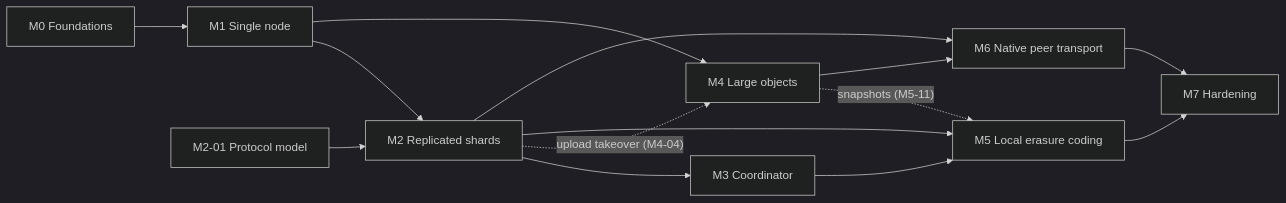
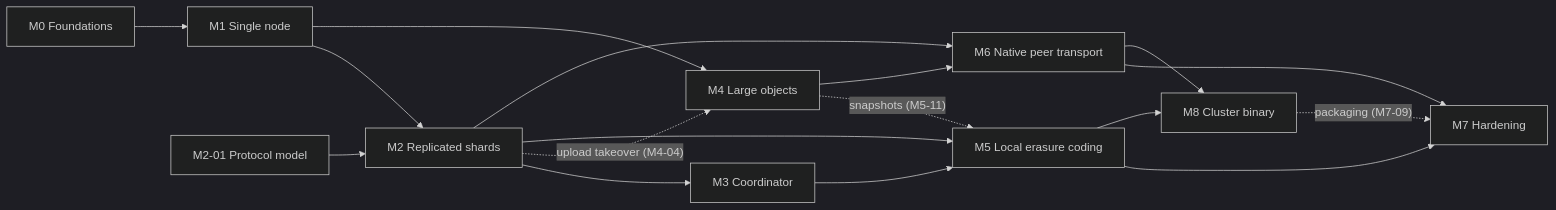
One commit to skys3/skys3 changed the diagram in docs/skys3-tasks-plan.md. Above: the diagram before and after it, drawn with Mermaid (dark theme). The commit also changed other lines of this file and 22 other files, not shown here.

````diff
--- a/docs/skys3-tasks-plan.md
+++ b/docs/skys3-tasks-plan.md
@@ -74,16 +76,19 @@
 ```mermaid
 flowchart LR
     M0["M0 Foundations"] --> M1["M1 Single node"]
     Model["M2-01 Protocol model"] --> M2
     M1 --> M2["M2 Replicated shards"]
     M2 --> M3["M3 Coordinator"]
     M1 --> M4["M4 Large objects"]
     M2 -. "upload takeover (M4-04)" .-> M4
     M2 --> M5["M5 Local erasure coding"]
     M3 --> M5
     M4 -. "snapshots (M5-11)" .-> M5
     M2 --> M6["M6 Native peer transport"]
     M4 --> M6
     M5 --> M7["M7 Hardening"]
     M6 --> M7
+    M5 --> M8["M8 Cluster binary"]
+    M6 --> M8
+    M8 -. "packaging (M7-09)" .-> M7
 ```
````
